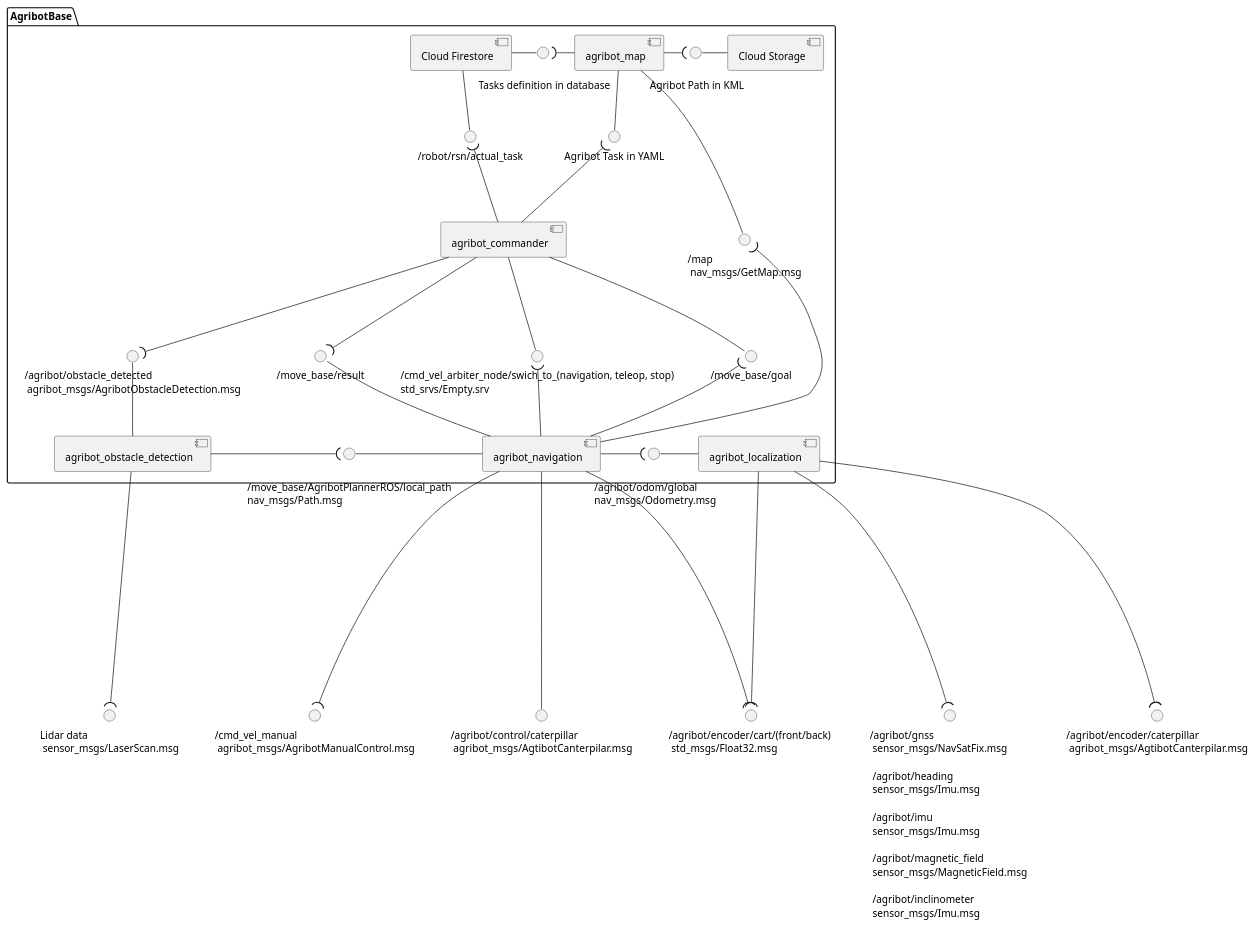
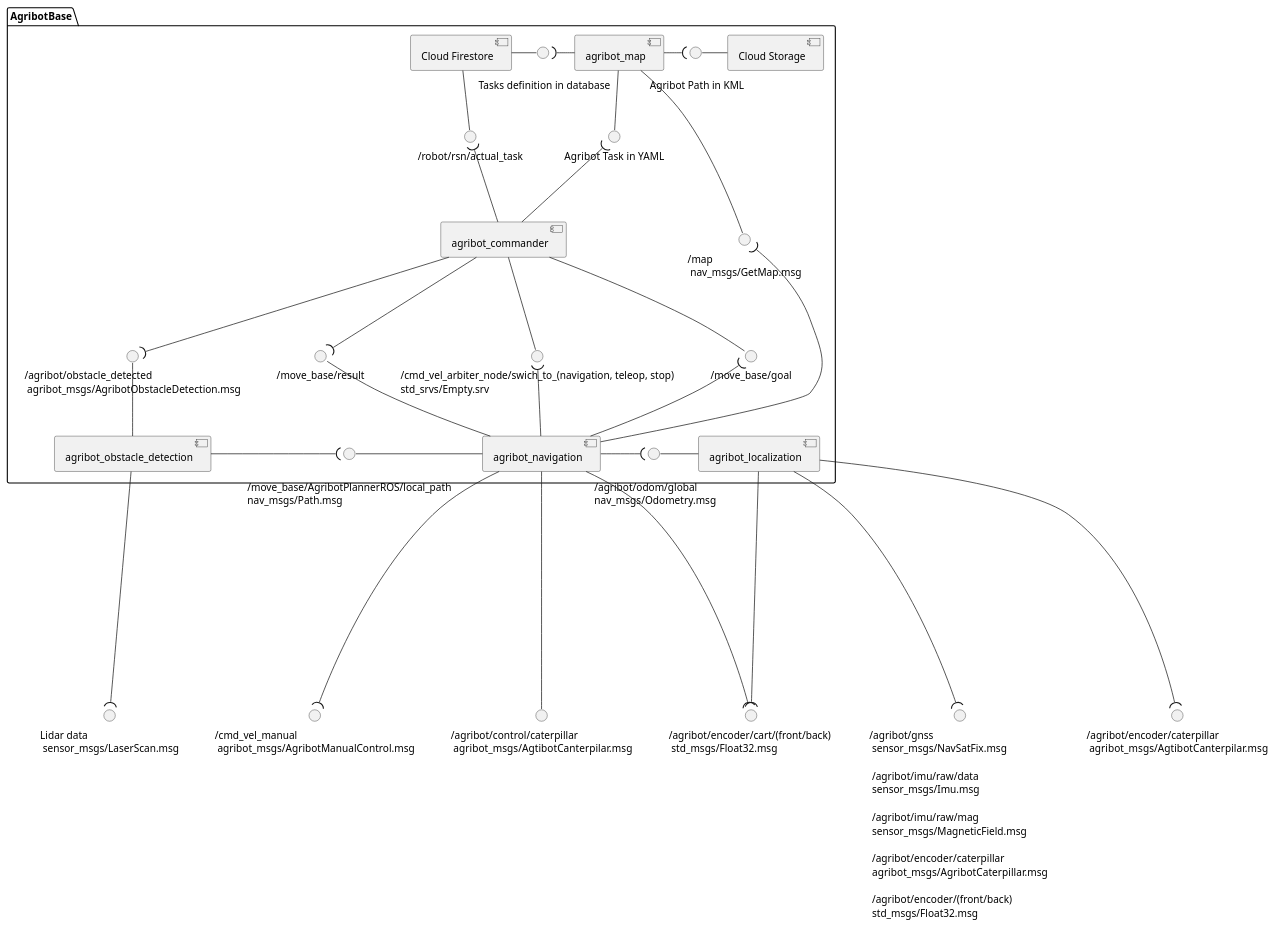
The diagram in doc/component_diagram.puml (agribot-2-0/agribot_base), drawn with PlantUML before and after one commit. The commit also changed 1 other file, not shown here.

```diff
--- a/doc/component_diagram.puml
+++ b/doc/component_diagram.puml
@@ -1,109 +1,109 @@
 @startuml
 
 ' Input Interfaces
 ' rectangle {
 () "Lidar data \n sensor_msgs/LaserScan.msg" as ObstacleDetectionSensors
 
 () "/agribot/gnss \n sensor_msgs/NavSatFix.msg \n\n \
-/agribot/heading \n sensor_msgs/Imu.msg \n\n \
-/agribot/imu \n sensor_msgs/Imu.msg \n\n \
-/agribot/magnetic_field \n sensor_msgs/MagneticField.msg \n\n \
-/agribot/inclinometer \n sensor_msgs/Imu.msg" as LocalizationSensors
+/agribot/imu/raw/data \n sensor_msgs/Imu.msg \n\n \
+/agribot/imu/raw/mag \n sensor_msgs/MagneticField.msg \n\n \
+/agribot/encoder/caterpillar \n agribot_msgs/AgribotCaterpillar.msg \n\n \
+/agribot/encoder/(front/back) \n std_msgs/Float32.msg" as LocalizationSensors
 
 () "/cmd_vel_manual \n \
 agribot_msgs/AgribotManualControl.msg" as ManualControl
 () "/agribot/encoder/cart/(front/back) \n \
 std_msgs/Float32.msg" as EncoderCart
 () "/agribot/encoder/caterpillar \n \
 agribot_msgs/AgtibotCanterpilar.msg" as EncoderCaterpillar
 ' }
 
 ' Output Interfaces
 () "/agribot/control/caterpillar \n \
 agribot_msgs/AgtibotCanterpilar.msg" as ControlCaterpillar
 
 package AgribotBase {
     ' Internal Interfaces
     () "/robot/rsn/actual_task" as CloudActualTask
 
     () "Agribot Task in YAML" as Task
     () "/map \n nav_msgs/GetMap.msg" as Map
     () "/move_base/goal" as MoveBaseGoal
     () "/move_base/result" as MoveBaseResult
     () "/cmd_vel_arbiter_node/swich_to_(navigation, teleop, stop)\nstd_srvs/Empty.srv" as CmdVelArbiter
     () "/agribot/obstacle_detected \n agribot_msgs/AgribotObstacleDetection.msg" as ObstacleDetection
     
 
     ' package "Navigation input data" {
         () "\n Tasks definition in database" as CloudTask
         () "\n Agribot Path in KML" as CloudPath
 
         [Cloud Firestore]
         [Cloud Storage]
         [agribot_map] 
         ' [agribot_monitoring]
     
         [Cloud Firestore] - CloudTask
         CloudTask )- [agribot_map]
 
         [agribot_map] -( CloudPath
         CloudPath - [Cloud Storage]
     ' }
 
     ' package {
         [agribot_commander]
     ' }
 
     ' rectangle {
         () "\n /agribot/odom/global \n nav_msgs/Odometry.msg" as Odometry
         () "\n /move_base/AgribotPlannerROS/local_path \n nav_msgs/Path.msg" as LocalPath
         
         [agribot_navigation]
         [agribot_localization]
         [agribot_obstacle_detection]
         ' [agribot_tool_management]
         
         [agribot_obstacle_detection] -( LocalPath
         LocalPath - [agribot_navigation]
 
         [agribot_navigation] -( Odometry
         Odometry - [agribot_localization]
 
     ' }
 
     ' Connections
     [Cloud Firestore] -- CloudActualTask
     [agribot_map] -- Task
 
     Task )-- [agribot_commander]
     CloudActualTask )-- [agribot_commander]
 
     [agribot_commander] -- MoveBaseGoal
     [agribot_commander] -- CmdVelArbiter
     [agribot_commander] --( MoveBaseResult
     [agribot_commander] --( ObstacleDetection
     [agribot_map] -- Map
 
 
     ObstacleDetection -- [agribot_obstacle_detection]
 
     MoveBaseGoal )-- [agribot_navigation]
     MoveBaseResult -- [agribot_navigation]
     CmdVelArbiter )-- [agribot_navigation]
     Map )-- [agribot_navigation]
 
 }
 
 [agribot_obstacle_detection] --( ObstacleDetectionSensors
 
 [agribot_navigation] --( ManualControl
 [agribot_navigation] --( EncoderCart
 
 [agribot_localization] --( EncoderCart
 [agribot_localization] --( EncoderCaterpillar
 [agribot_localization] --( LocalizationSensors
 
 
 [agribot_navigation] -- ControlCaterpillar
 
 @enduml
```
